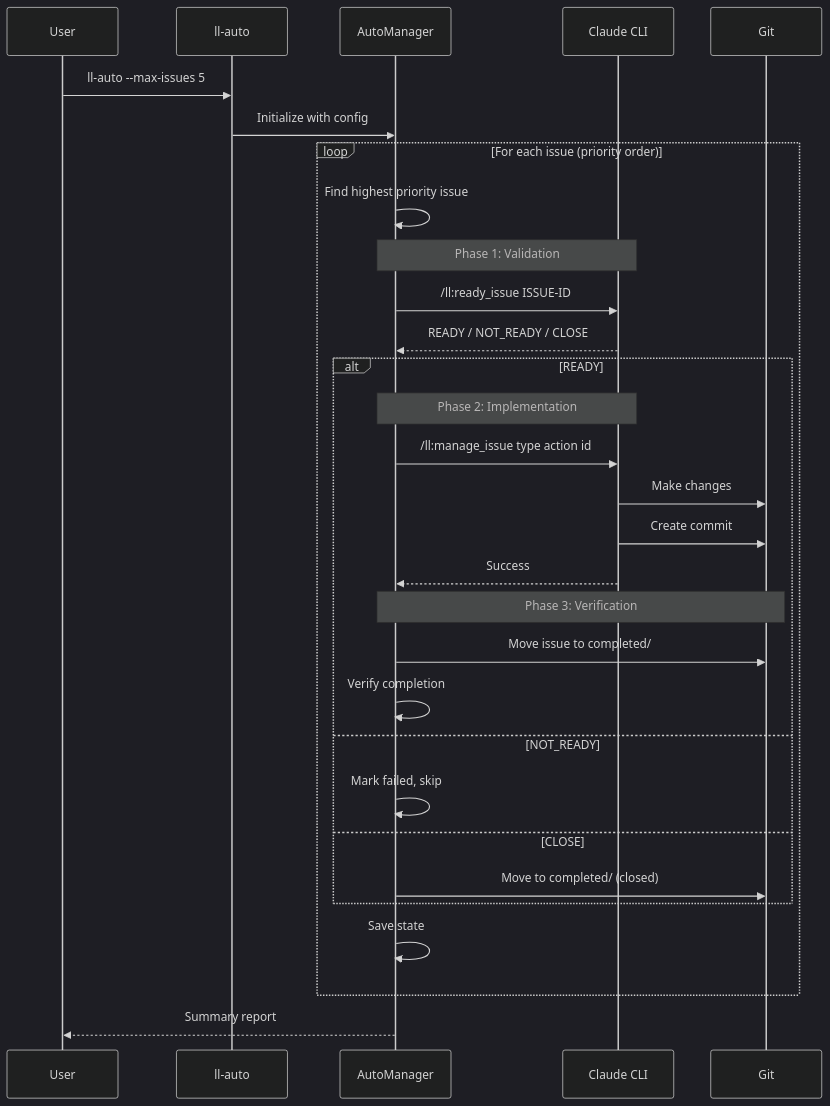
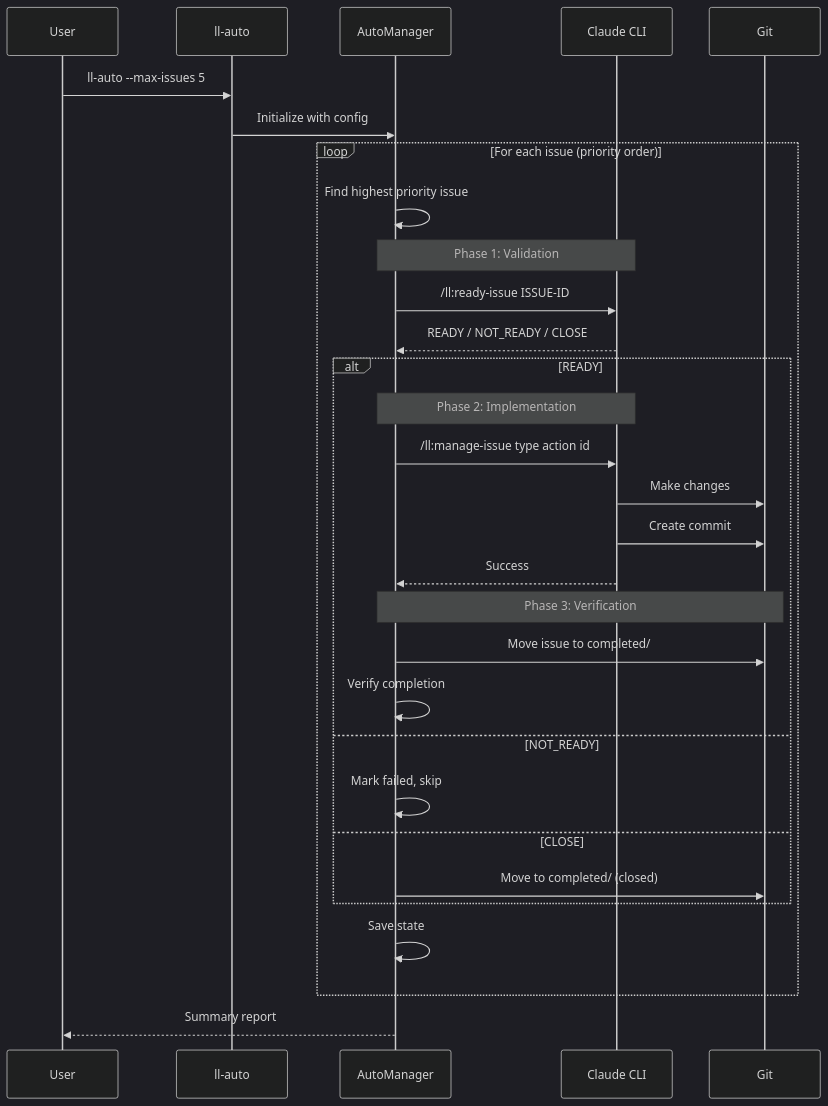
The second of 13 diagrams in docs/ARCHITECTURE.md (BrennonTWilliams/little-loops), drawn with Mermaid (dark theme) before and after one commit. The commit also changed other lines of this file and 371 other files, not shown here.

````diff
--- a/docs/ARCHITECTURE.md
+++ b/docs/ARCHITECTURE.md
@@ -210,39 +210,39 @@
 ```mermaid
 sequenceDiagram
     participant User
     participant CLI as ll-auto
     participant Manager as AutoManager
     participant Claude as Claude CLI
     participant Git
 
     User->>CLI: ll-auto --max-issues 5
     CLI->>Manager: Initialize with config
 
     loop For each issue (priority order)
         Manager->>Manager: Find highest priority issue
 
         Note over Manager,Claude: Phase 1: Validation
-        Manager->>Claude: /ll:ready_issue ISSUE-ID
+        Manager->>Claude: /ll:ready-issue ISSUE-ID
         Claude-->>Manager: READY / NOT_READY / CLOSE
 
         alt READY
             Note over Manager,Claude: Phase 2: Implementation
-            Manager->>Claude: /ll:manage_issue type action id
+            Manager->>Claude: /ll:manage-issue type action id
             Claude->>Git: Make changes
             Claude->>Git: Create commit
             Claude-->>Manager: Success
 
             Note over Manager,Git: Phase 3: Verification
             Manager->>Git: Move issue to completed/
             Manager->>Manager: Verify completion
         else NOT_READY
             Manager->>Manager: Mark failed, skip
         else CLOSE
             Manager->>Git: Move to completed/ (closed)
         end
 
         Manager->>Manager: Save state
     end
 
     Manager-->>User: Summary report
 ```
````
